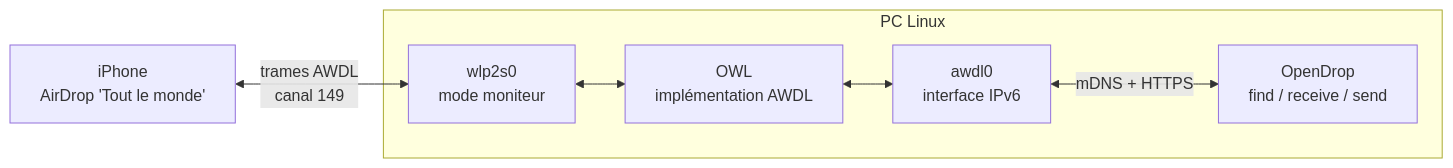
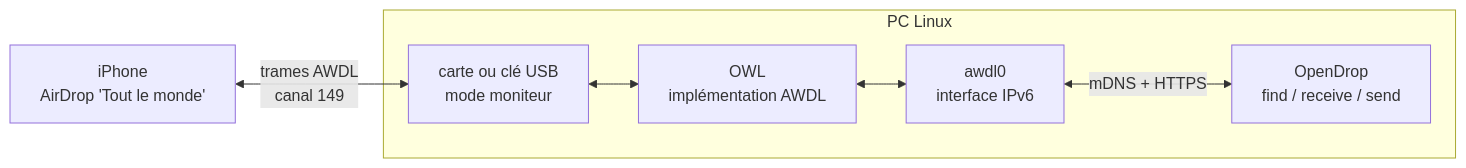
Before and after one commit to antonin-biernacki/awdl-linux-poc: the diagram in README.md, drawn with Mermaid. The commit also changed other lines of this file and 6 other files, not shown here.

````diff
--- a/README.md
+++ b/README.md
@@ -55,9 +56,9 @@
 ```mermaid
 flowchart LR
     I[iPhone<br/>AirDrop 'Tout le monde'] <-- trames AWDL<br/>canal 149 --> W
     subgraph PC Linux
-        W[wlp2s0<br/>mode moniteur] <--> O[OWL<br/>implémentation AWDL]
+        W[carte ou clé USB<br/>mode moniteur] <--> O[OWL<br/>implémentation AWDL]
         O <--> A[awdl0<br/>interface IPv6]
         A <-- mDNS + HTTPS --> D[OpenDrop<br/>find / receive / send]
     end
 ```
````
